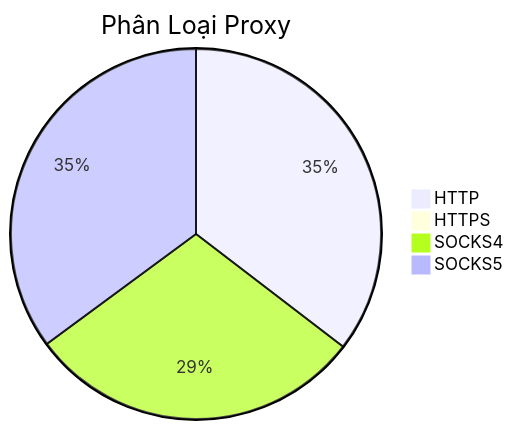
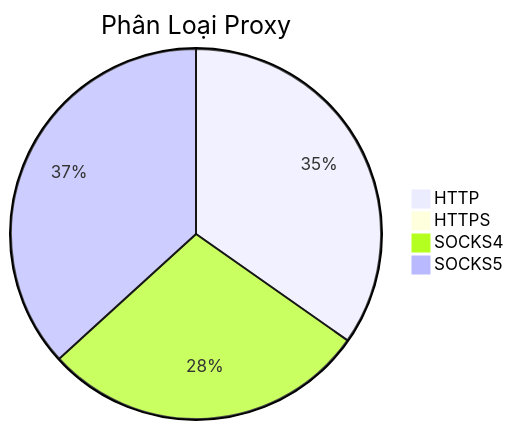
Before and after one commit to Ciara-Aa/PROXY-free: the diagram in README.md, drawn with Mermaid. The commit also changed other lines of this file and 4 other files, not shown here.

````diff
--- a/README.md
+++ b/README.md
@@ -26,7 +26,7 @@
 ```mermaid
 pie title Phân Loại Proxy
-    "HTTP" : 359
-    "HTTPS" : 2
-    "SOCKS4" : 299
-    "SOCKS5" : 356
+    "HTTP" : 361
+    "HTTPS" : 3
+    "SOCKS4" : 296
+    "SOCKS5" : 382
 ```
````
